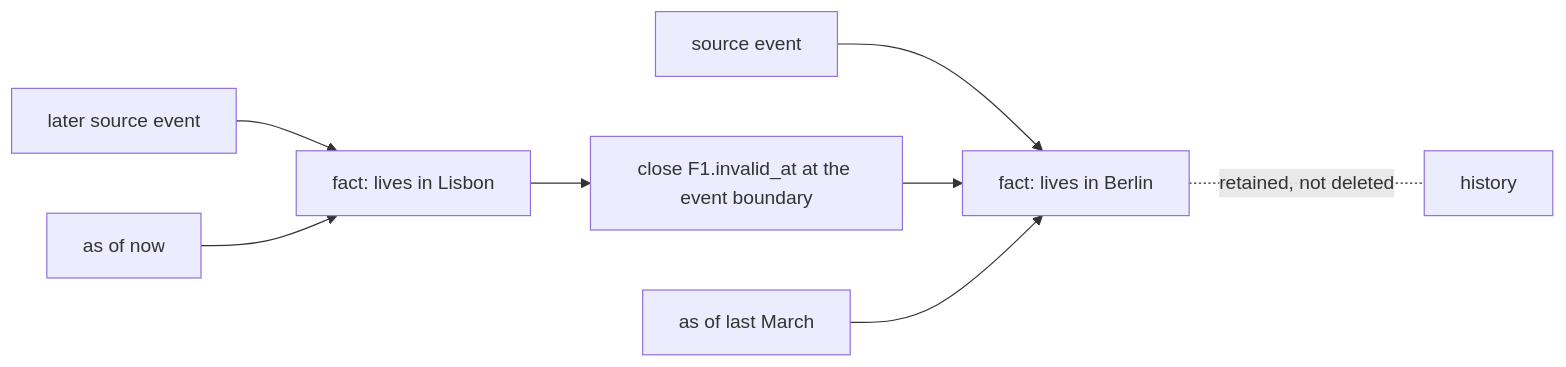
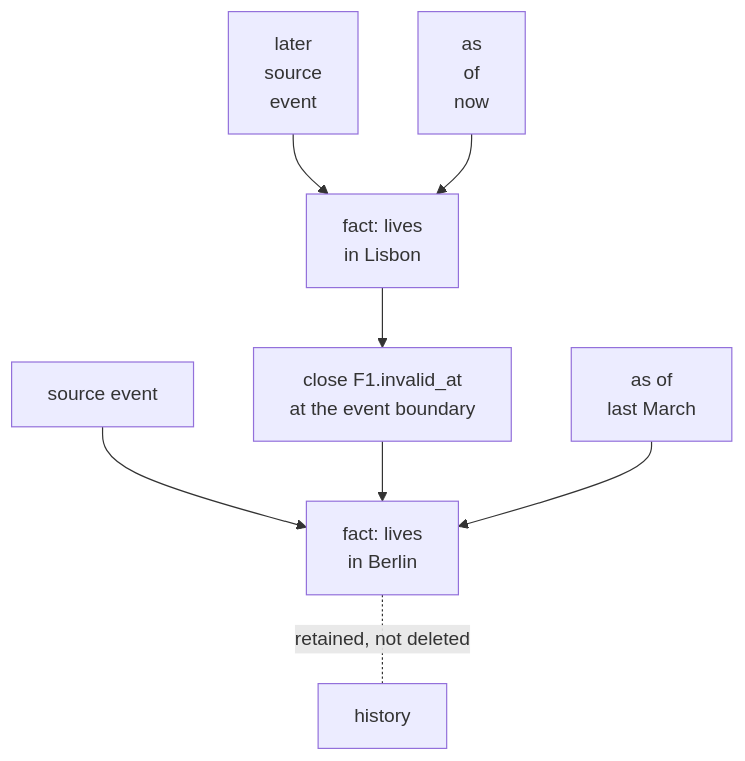
One commit to neoneye/agent-memory-atlas changed the diagram in content/patterns/bi-temporal-fact-validity.md. Above: the diagram before and after it, drawn with Mermaid. The commit also changed 99 other files, not shown here.

First line of the commit message:
Reshape the remaining 49 diagrams so their labels are legible

````diff
--- a/content/patterns/bi-temporal-fact-validity.md
+++ b/content/patterns/bi-temporal-fact-validity.md
@@ -42,10 +42,10 @@
 ```mermaid
-flowchart LR
-    Ev["source event"] --> F1["fact: lives in Berlin"]
-    Ev2["later source event"] --> F2["fact: lives in Lisbon"]
-    F2 --> C["close F1.invalid_at at the event boundary"]
+flowchart TD
+    Ev["source event"] --> F1["fact: lives<br/>in Berlin"]
+    Ev2["later<br/>source<br/>event"] --> F2["fact: lives<br/>in Lisbon"]
+    F2 --> C["close F1.invalid_at<br/>at the event boundary"]
     C --> F1
-    Q1["as of last March"] --> F1
-    Q2["as of now"] --> F2
+    Q1["as of<br/>last March"] --> F1
+    Q2["as<br/>of<br/>now"] --> F2
     F1 -. "retained, not deleted" .- H["history"]
 ```
````
